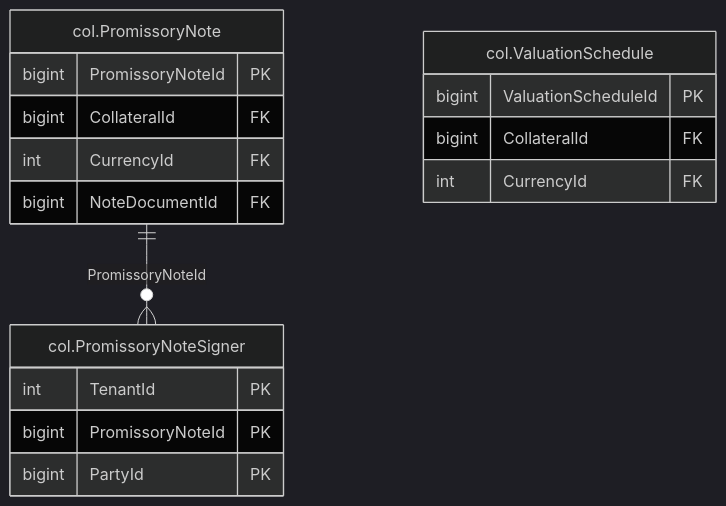
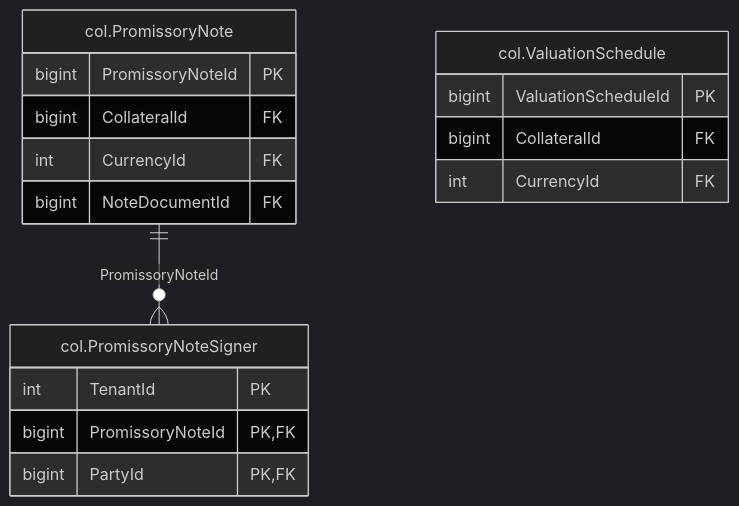
One commit to thawrasy/smartlines changed the diagram in treasury-platform/docs/diagrams/erd/m5_collateral_2.mmd. Above: the diagram before and after it, drawn with Mermaid (dark theme). The commit also changed 139 other files, not shown here.

```diff
--- a/treasury-platform/docs/diagrams/erd/m5_collateral_2.mmd
+++ b/treasury-platform/docs/diagrams/erd/m5_collateral_2.mmd
@@ -1,19 +1,19 @@
 %% م5 · الضمانات (2/2) — Collateral & guarantees
 erDiagram
   col_PromissoryNote["col.PromissoryNote"] {
     bigint PromissoryNoteId PK
     bigint CollateralId FK
     int CurrencyId FK
     bigint NoteDocumentId FK
   }
   col_PromissoryNoteSigner["col.PromissoryNoteSigner"] {
     int TenantId PK
-    bigint PromissoryNoteId PK
-    bigint PartyId PK
+    bigint PromissoryNoteId PK, FK
+    bigint PartyId PK, FK
   }
   col_ValuationSchedule["col.ValuationSchedule"] {
     bigint ValuationScheduleId PK
     bigint CollateralId FK
     int CurrencyId FK
   }
   col_PromissoryNote ||--o{ col_PromissoryNoteSigner : "PromissoryNoteId"
```
